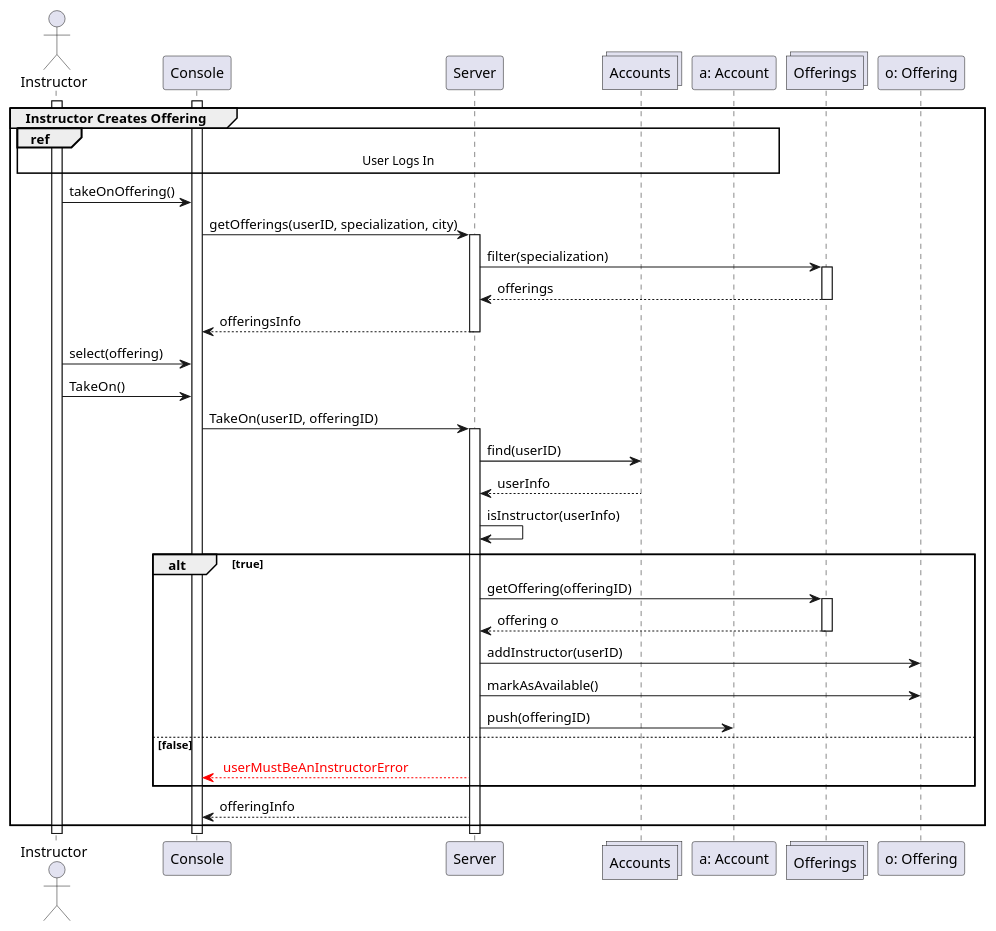
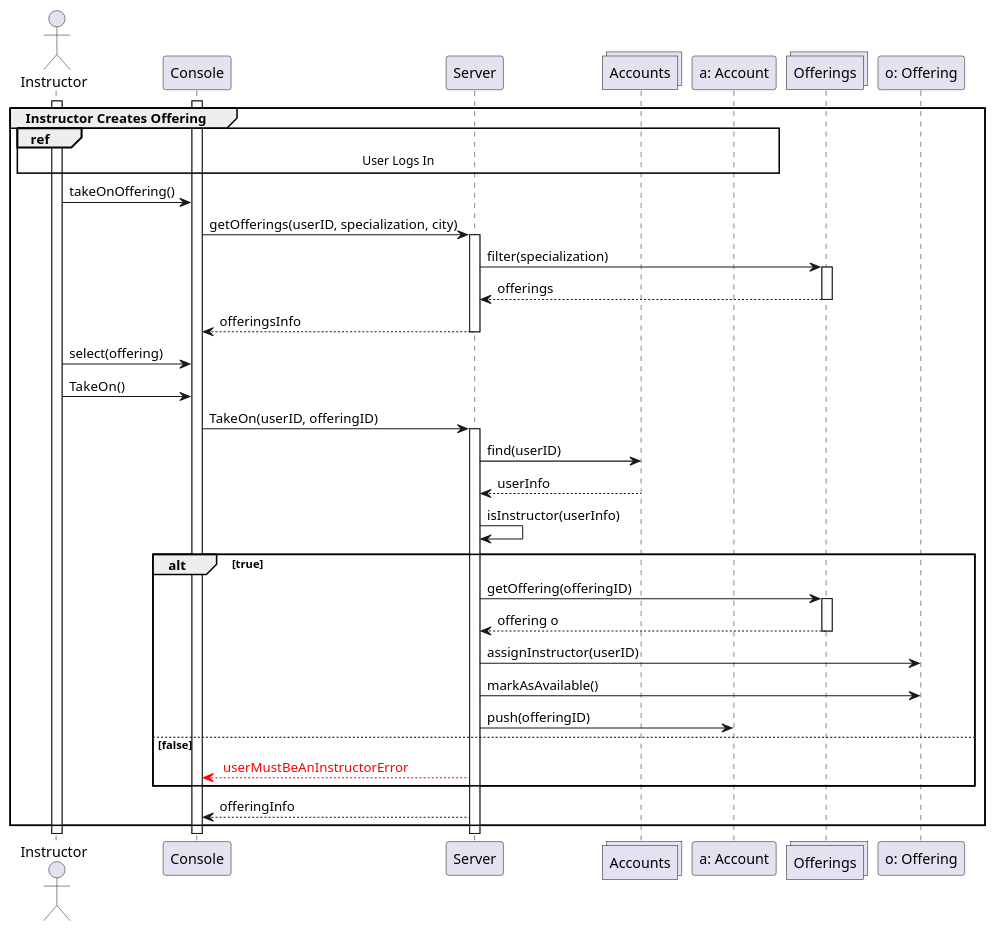
The diagram in Documentation/SequenceDiagrams/TakeOffering.puml (FrancoDominguez/SOEN342-project), drawn with PlantUML before and after one commit. The commit also changed 2 other files, not shown here.

Commit message:
more fixes to class diagram

```diff
--- a/Documentation/SequenceDiagrams/TakeOffering.puml
+++ b/Documentation/SequenceDiagrams/TakeOffering.puml
@@ -1,37 +1,37 @@
 @startuml TakingOffering
 Actor Instructor as Instructor
 participant Console as Console
 participant Server as Server
 collections Accounts as Accounts
 participant Account as "a: Account"
 collections Offerings as Offerings
 participant Offering as "o: Offering"
 
 group Instructor Creates Offering
   ref over Instructor, Account: User Logs In
   activate Instructor
   activate Console
   Instructor -> Console: takeOnOffering()
   Console -> Server++: getOfferings(userID, specialization, city)
   Server -> Offerings ++: filter(specialization)
   Offerings --> Server --: offerings
   Server --> Console --: offeringsInfo
   Instructor -> Console: select(offering)
   Instructor -> Console: TakeOn()
   Console -> Server ++: TakeOn(userID, offeringID)
   Server -> Accounts: find(userID)
   Accounts --> Server: userInfo
   Server -> Server: isInstructor(userInfo)
   alt true
     Server -> Offerings ++: getOffering(offeringID)
     Offerings --> Server --: offering o
-    Server -> Offering : addInstructor(userID)
+    Server -> Offering : assignInstructor(userID)
     Server -> Offering: markAsAvailable()
     Server -> Account : push(offeringID)
   else false
     Server --[#red]> Console: <font color=red> userMustBeAnInstructorError
   end
   Server --> Console: offeringInfo
 end
 
 @enduml
```
